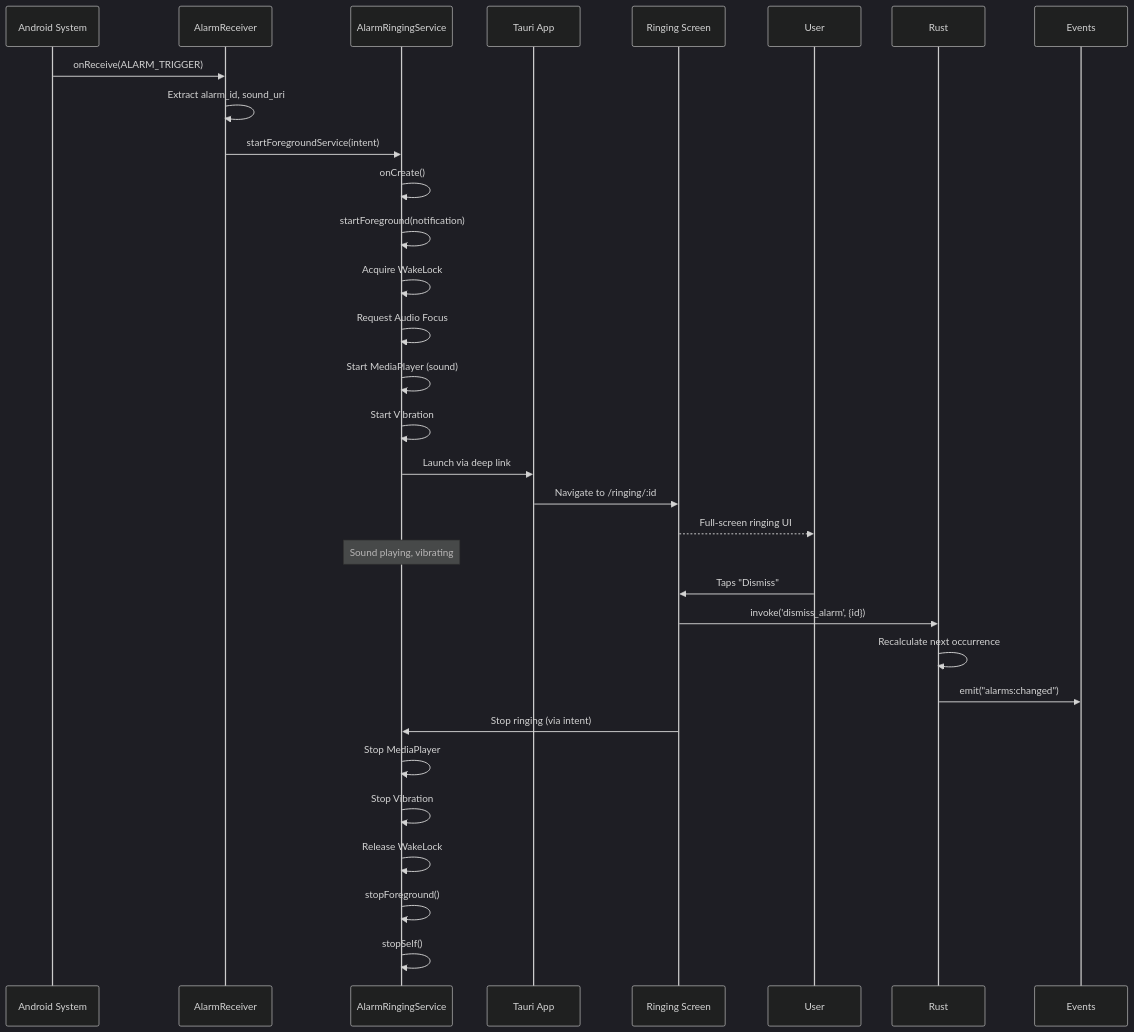
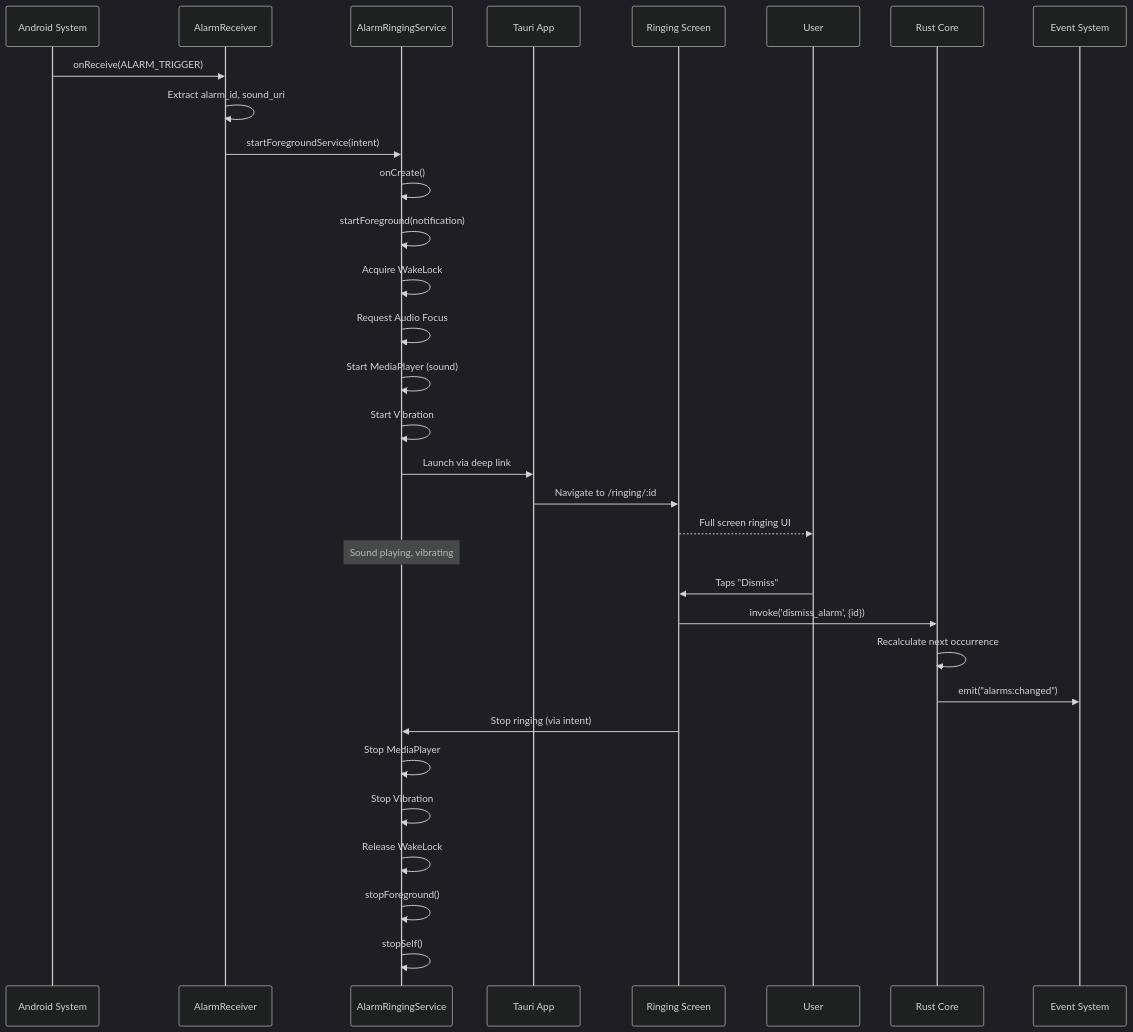
One commit to liminal-hq/threshold changed the tenth of 32 diagrams in docs/architecture/flow-diagrams.md. Above: the diagram before and after it, drawn with Mermaid (dark theme). The commit also changed other lines of this file, not shown here.

First line of the commit message:
fix: stabilise Mermaid sequence diagrams

````diff
--- a/docs/architecture/flow-diagrams.md
+++ b/docs/architecture/flow-diagrams.md
@@ -372,38 +378,41 @@
 ```mermaid
 sequenceDiagram
     participant System as Android System
     participant Receiver as AlarmReceiver
     participant Service as AlarmRingingService
     participant App as Tauri App
     participant UI as Ringing Screen
+    participant User
+    participant Rust as Rust Core
+    participant Events as Event System
 
     System->>Receiver: onReceive(ALARM_TRIGGER)
     Receiver->>Receiver: Extract alarm_id, sound_uri
     
     Receiver->>Service: startForegroundService(intent)
     Service->>Service: onCreate()
     Service->>Service: startForeground(notification)
     Service->>Service: Acquire WakeLock
     Service->>Service: Request Audio Focus
     Service->>Service: Start MediaPlayer (sound)
     Service->>Service: Start Vibration
     
     Service->>App: Launch via deep link
     App->>UI: Navigate to /ringing/:id
     
-    UI-->>User: Full-screen ringing UI
+    UI-->>User: Full screen ringing UI
     
     Note over Service: Sound playing, vibrating
     
     User->>UI: Taps "Dismiss"
     UI->>Rust: invoke('dismiss_alarm', {id})
     Rust->>Rust: Recalculate next occurrence
     Rust->>Events: emit("alarms:changed")
     
     UI->>Service: Stop ringing (via intent)
     Service->>Service: Stop MediaPlayer
     Service->>Service: Stop Vibration
     Service->>Service: Release WakeLock
     Service->>Service: stopForeground()
     Service->>Service: stopSelf()
 ```
````
